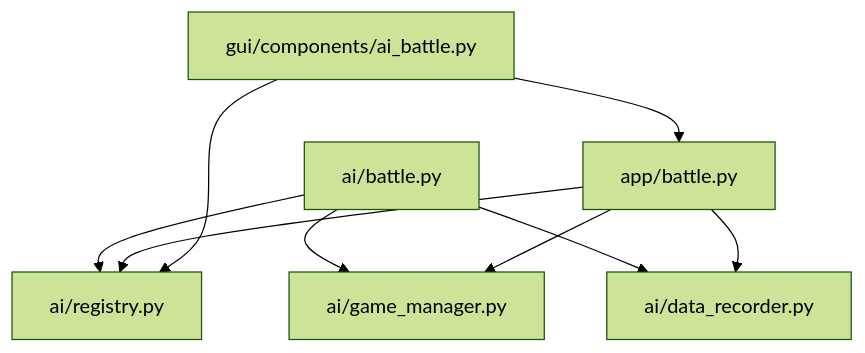
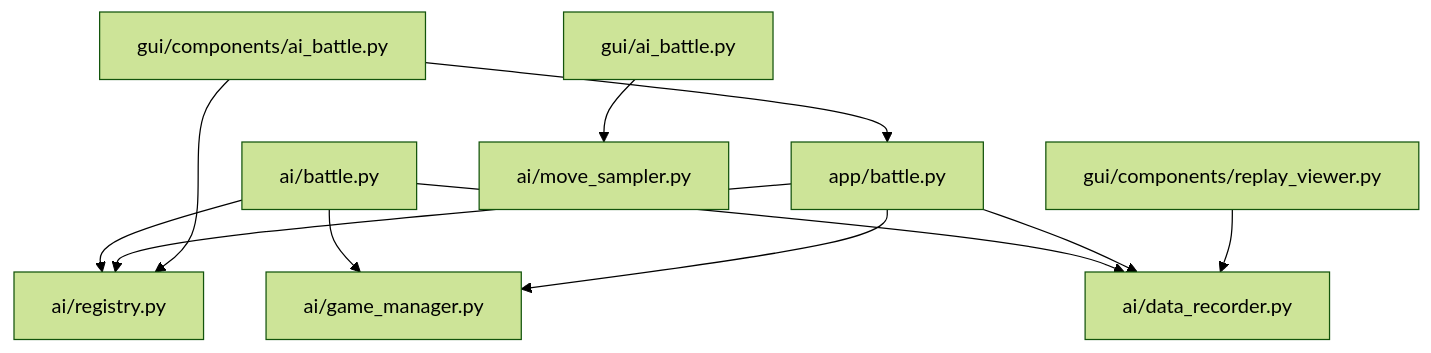
One commit to nanhao/gomoku changed the ninth of 9 diagrams in .qoder/repowiki/zh/content/用户指南/AI对战/AI对战.md. Above: the diagram before and after it, drawn with Mermaid (forest theme). The commit also changed other lines of this file and 11 other files, not shown here.

````diff
--- a/.qoder/repowiki/zh/content/用户指南/AI对战/AI对战.md
+++ b/.qoder/repowiki/zh/content/用户指南/AI对战/AI对战.md
@@ -344,11 +443,13 @@
 ```mermaid
 graph TB
 A["ai/battle.py"] --> B["ai/registry.py"]
 A --> C["ai/game_manager.py"]
 A --> D["ai/data_recorder.py"]
 E["app/battle.py"] --> B
 E --> C
 E --> D
 F["gui/components/ai_battle.py"] --> E
 F --> B
+G["gui/ai_battle.py"] --> H["ai/move_sampler.py"]
+I["gui/components/replay_viewer.py"] --> D
 ```
````
